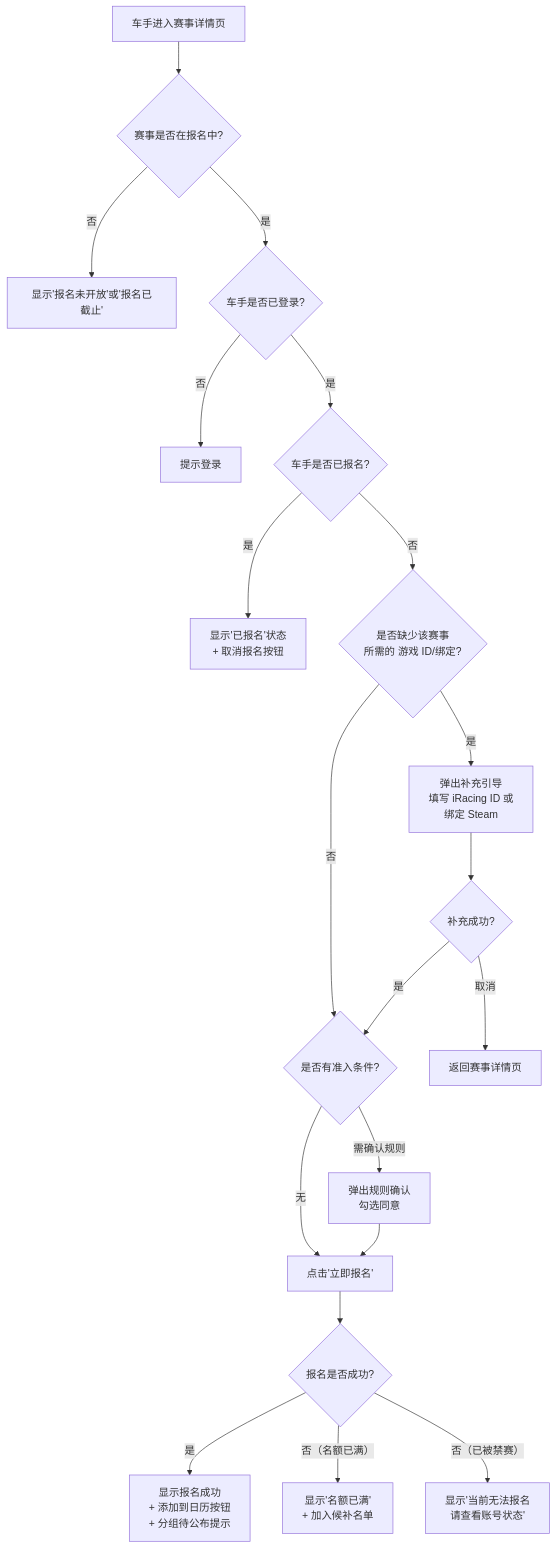
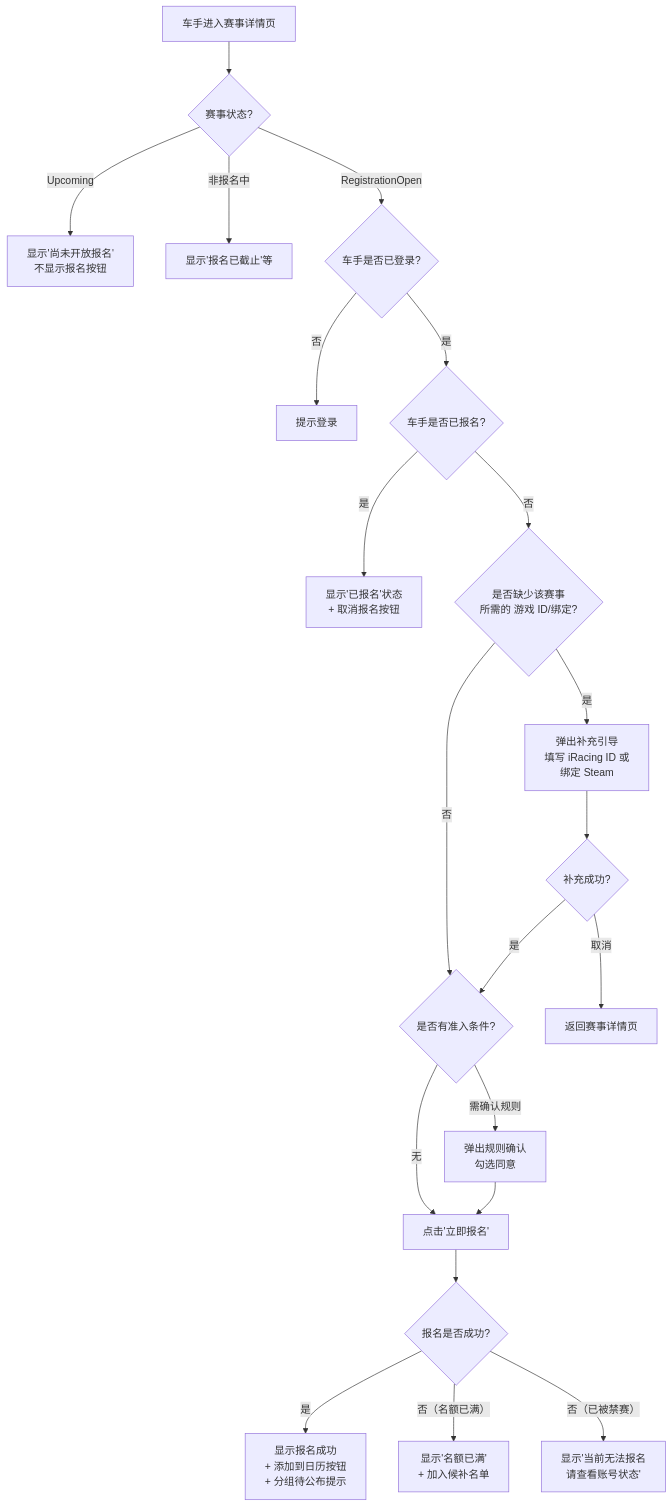
One commit to SagaLinZP/Racing-Arcade changed the eighth of 11 diagrams in PRD.md. Above: the diagram before and after it, drawn with Mermaid. The commit also changed other lines of this file and 7 other files, not shown here.

Commit message:
feat: add Upcoming status for events; update registration handling and UI elements across various pages

````diff
--- a/PRD.md
+++ b/PRD.md
@@ -1044,29 +1052,30 @@
 ```mermaid
 flowchart TD
-    A[车手进入赛事详情页] --> B{赛事是否在报名中?}
-    B -->|否| B1[显示'报名未开放'或'报名已截止']
-    B -->|是| C{车手是否已登录?}
+    A[车手进入赛事详情页] --> B{赛事状态?}
+    B -->|Upcoming| B0[显示'尚未开放报名'<br/>不显示报名按钮]
+    B -->|非报名中| B1[显示'报名已截止'等]
+    B -->|RegistrationOpen| C{车手是否已登录?}
     
     C -->|否| C1[提示登录]
     C -->|是| D{车手是否已报名?}
     
     D -->|是| D1[显示'已报名'状态<br/>+ 取消报名按钮]
     D -->|否| E{是否缺少该赛事<br/>所需的 游戏 ID/绑定?}
     
     E -->|是| E2[弹出补充引导<br/>填写 iRacing ID 或<br/>绑定 Steam]
     E -->|否| E3{是否有准入条件?}
     
     E2 --> E2A{补充成功?}
     E2A -->|是| E3
     E2A -->|取消| D2[返回赛事详情页]
     
     E3 -->|无| F[点击'立即报名']
     E3 -->|需确认规则| E1[弹出规则确认<br/>勾选同意]
     
     E1 --> F
     F --> G{报名是否成功?}
     
     G -->|是| H[显示报名成功<br/>+ 添加到日历按钮<br/>+ 分组待公布提示]
     G -->|否（名额已满）| G1[显示'名额已满'<br/>+ 加入候补名单]
     G -->|否（已被禁赛）| G2[显示'当前无法报名<br/>请查看账号状态']
 ```
````
